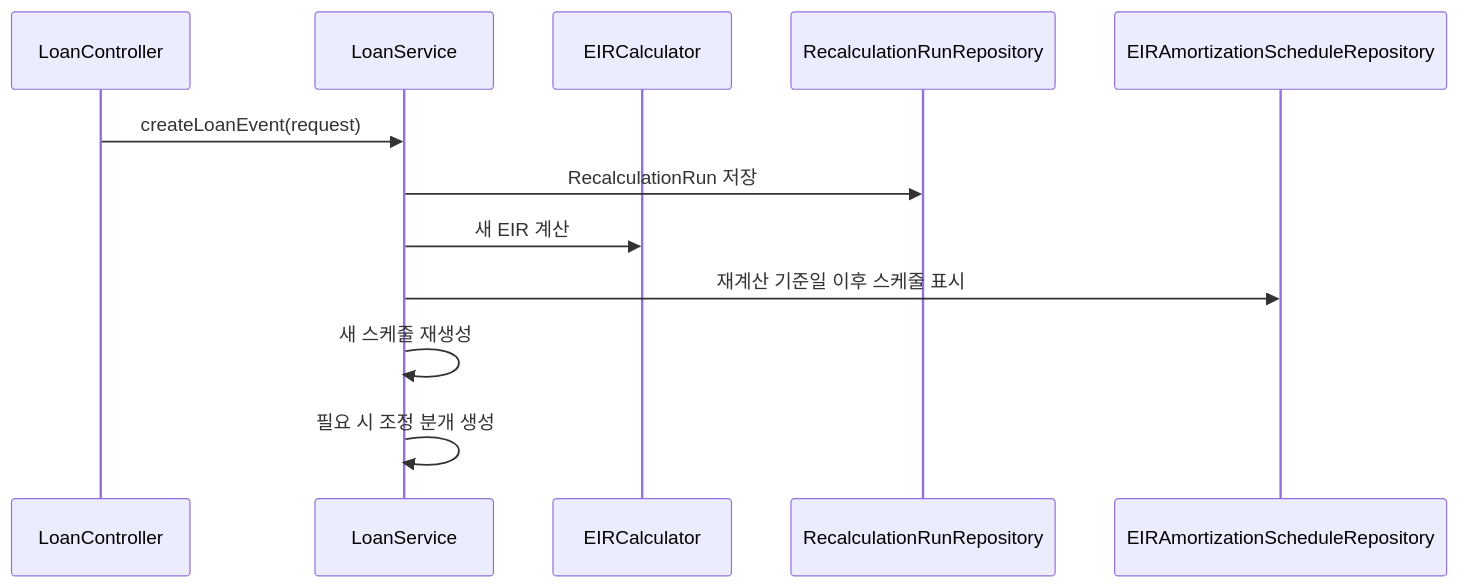
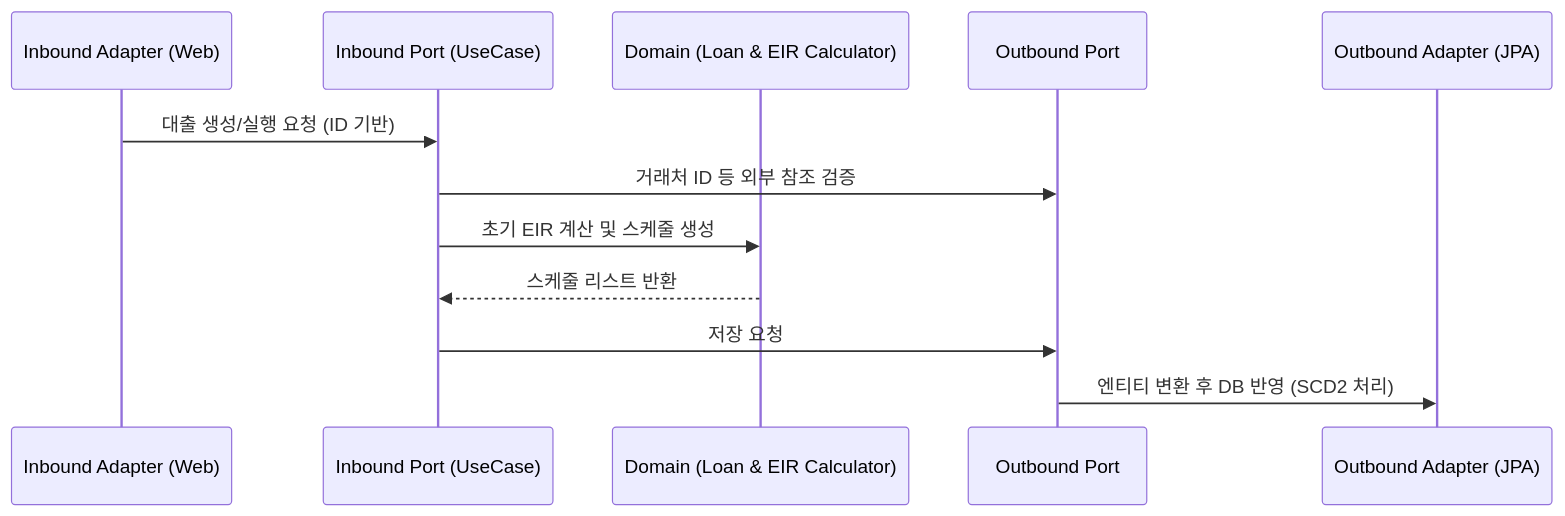
The second of 2 diagrams in loan/docs/process-flow.md (skyg547/account), drawn with Mermaid before and after one commit. The commit also changed other lines of this file and 94 other files, not shown here.

````diff
--- a/loan/docs/process-flow.md
+++ b/loan/docs/process-flow.md
@@ -76,15 +20,15 @@
 ```mermaid
 sequenceDiagram
-    participant API as LoanController
-    participant Service as LoanService
-    participant Calc as EIRCalculator
-    participant Run as RecalculationRunRepository
-    participant Sch as EIRAmortizationScheduleRepository
+    participant API as Inbound Adapter (Web)
+    participant UseCase as Inbound Port (UseCase)
+    participant Domain as Domain (Loan & EIR Calculator)
+    participant OutPort as Outbound Port
+    participant DB as Outbound Adapter (JPA)
 
-    API->>Service: createLoanEvent(request)
-    Service->>Run: RecalculationRun 저장
-    Service->>Calc: 새 EIR 계산
-    Service->>Sch: 재계산 기준일 이후 스케줄 표시
-    Service->>Service: 새 스케줄 재생성
-    Service->>Service: 필요 시 조정 분개 생성
+    API->>UseCase: 대출 생성/실행 요청 (ID 기반)
+    UseCase->>OutPort: 거래처 ID 등 외부 참조 검증
+    UseCase->>Domain: 초기 EIR 계산 및 스케줄 생성
+    Domain-->>UseCase: 스케줄 리스트 반환
+    UseCase->>OutPort: 저장 요청
+    OutPort->>DB: 엔티티 변환 후 DB 반영 (SCD2 처리)
 ```
````
